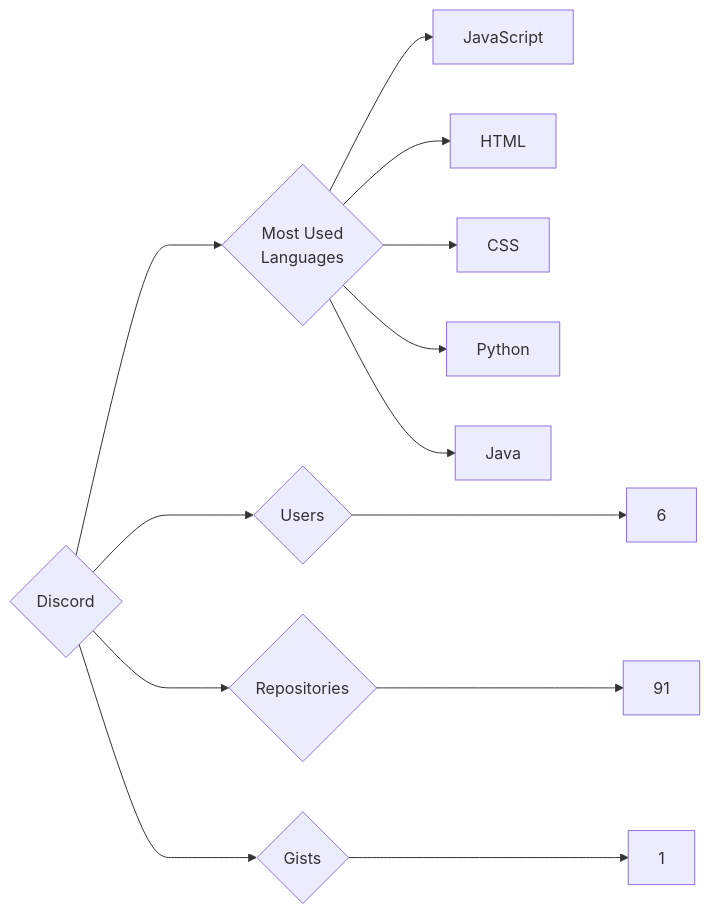
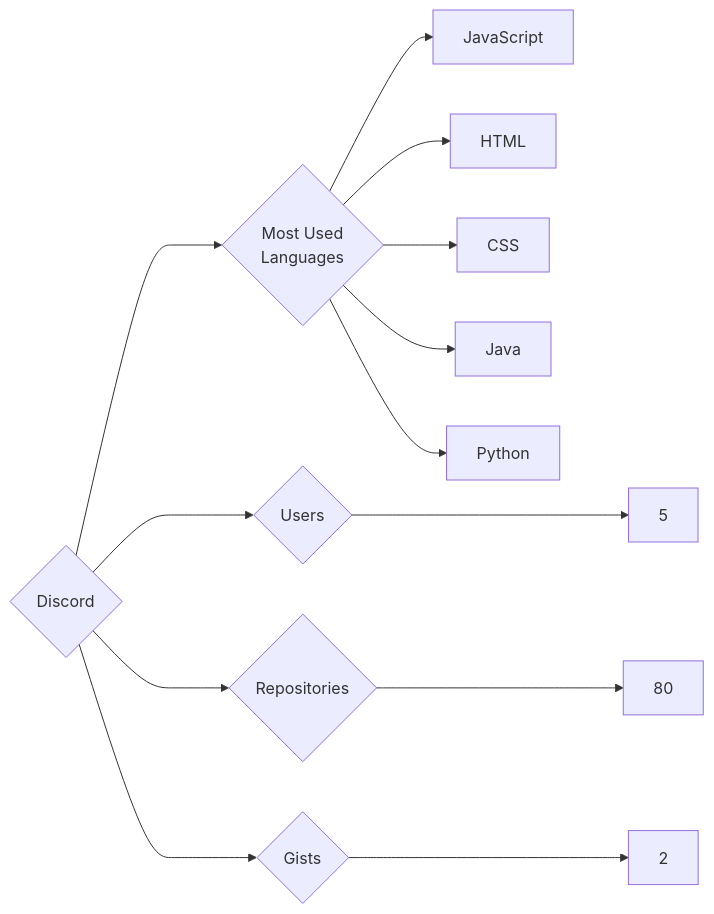
Before and after one commit to trickest/insiders: the diagram in targets/Discord/README.md, drawn with Mermaid. The commit also changed 985 other files, not shown here.

````diff
--- a/targets/Discord/README.md
+++ b/targets/Discord/README.md
@@ -3,13 +3,13 @@
 ```mermaid
 graph LR
 COMPANY_NAME{Discord}
-COMPANY_NAME ---> U{Users} ---> UN[6]
-COMPANY_NAME ---> R{Repositories} ---> RN[91]
-COMPANY_NAME ---> G{Gists} ---> GN[1]
+COMPANY_NAME ---> U{Users} ---> UN[5]
+COMPANY_NAME ---> R{Repositories} ---> RN[80]
+COMPANY_NAME ---> G{Gists} ---> GN[2]
 COMPANY_NAME ---> ML{Most Used<br>Languages}
 ML --> JavaScript[JavaScript]
 ML --> HTML[HTML]
 ML --> CSS[CSS]
+ML --> Java[Java]
 ML --> Python[Python]
-ML --> Java[Java]
 ```
````
